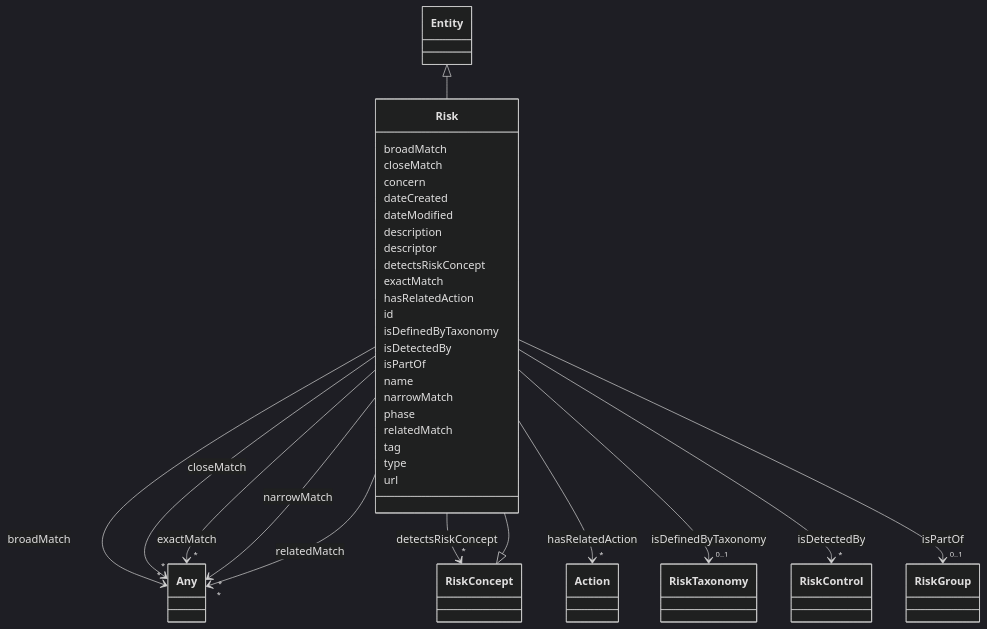
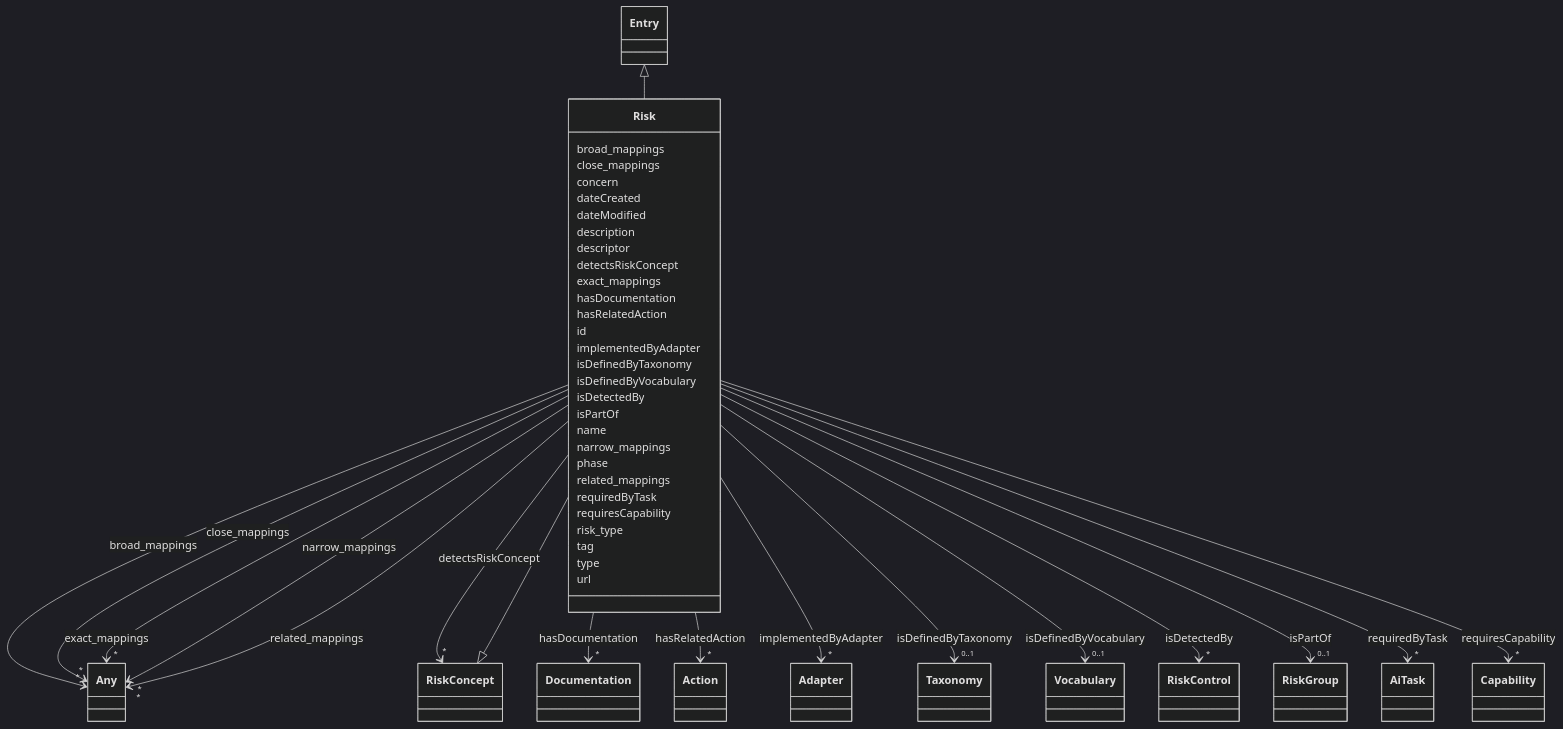
The diagram in docs/ontology/Risk.md (ingelise/risk-atlas-nexus), drawn with Mermaid (dark theme) before and after one commit. The commit also changed other lines of this file and 180 other files, not shown here.

```diff
--- a/docs/ontology/Risk.md
+++ b/docs/ontology/Risk.md
@@ -21,27 +21,27 @@
     click Risk href "../Risk/"
       RiskConcept <|-- Risk
         click RiskConcept href "../RiskConcept/"
-      Entity <|-- Risk
-        click Entity href "../Entity/"
+      Entry <|-- Risk
+        click Entry href "../Entry/"
 
-      Risk : broadMatch
+      Risk : broad_mappings
 
 
 
 
 
-        Risk --> "*" Any : broadMatch
+        Risk --> "*" Any : broad_mappings
         click Any href "../Any/"
 
 
 
-      Risk : closeMatch
+      Risk : close_mappings
 
 
 
 
 
-        Risk --> "*" Any : closeMatch
+        Risk --> "*" Any : close_mappings
         click Any href "../Any/"
 
 
@@ -67,14 +67,25 @@
 
 
 
-      Risk : exactMatch
+      Risk : exact_mappings
 
 
 
 
 
-        Risk --> "*" Any : exactMatch
+        Risk --> "*" Any : exact_mappings
         click Any href "../Any/"
+
+
+
+      Risk : hasDocumentation
+
+
+
+
+
+        Risk --> "*" Documentation : hasDocumentation
+        click Documentation href "../Documentation/"
 
 
 
@@ -91,14 +102,36 @@
 
       Risk : id
 
+      Risk : implementedByAdapter
+
+
+
+
+
+        Risk --> "*" Adapter : implementedByAdapter
+        click Adapter href "../Adapter/"
+
+
+
       Risk : isDefinedByTaxonomy
 
 
 
 
 
-        Risk --> "0..1" RiskTaxonomy : isDefinedByTaxonomy
-        click RiskTaxonomy href "../RiskTaxonomy/"
+        Risk --> "0..1" Taxonomy : isDefinedByTaxonomy
+        click Taxonomy href "../Taxonomy/"
+
+
+
+      Risk : isDefinedByVocabulary
+
+
+
+
+
+        Risk --> "0..1" Vocabulary : isDefinedByVocabulary
+        click Vocabulary href "../Vocabulary/"
 
 
 
@@ -126,29 +159,53 @@
 
       Risk : name
 
-      Risk : narrowMatch
+      Risk : narrow_mappings
 
 
 
 
 
-        Risk --> "*" Any : narrowMatch
+        Risk --> "*" Any : narrow_mappings
         click Any href "../Any/"
 
 
 
       Risk : phase
 
-      Risk : relatedMatch
+      Risk : related_mappings
 
 
 
 
 
-        Risk --> "*" Any : relatedMatch
+        Risk --> "*" Any : related_mappings
         click Any href "../Any/"
 
 
+
+      Risk : requiredByTask
+
+
+
+
+
+        Risk --> "*" AiTask : requiredByTask
+        click AiTask href "../AiTask/"
+
+
+
+      Risk : requiresCapability
+
+
+
+
+
+        Risk --> "*" Capability : requiresCapability
+        click Capability href "../Capability/"
+
+
+
+      Risk : risk_type
 
       Risk : tag
 
```
